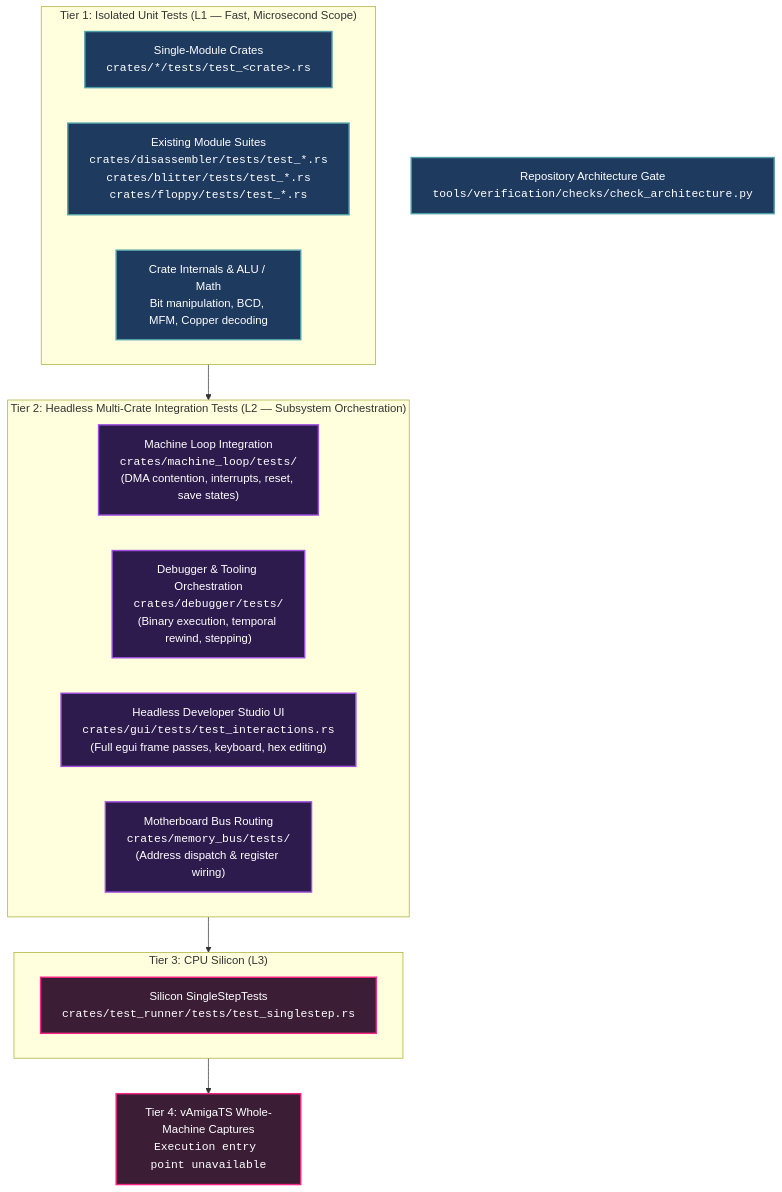
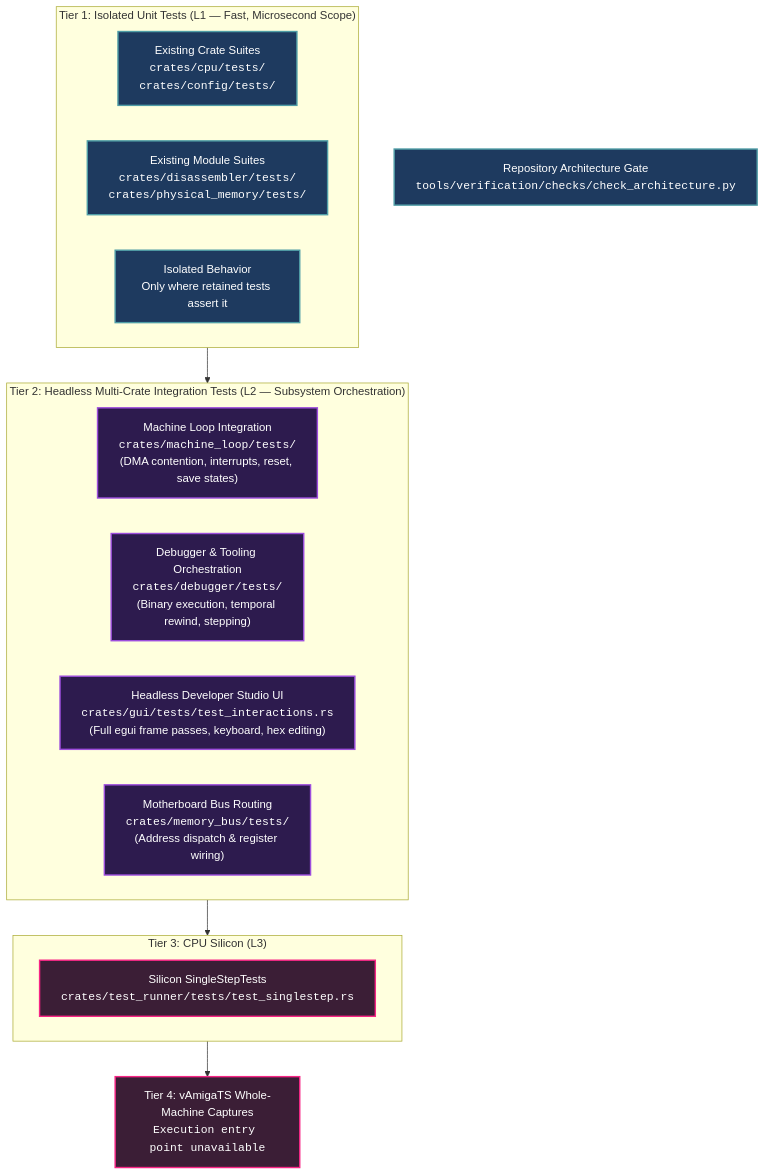
One commit to tomek-anuszkiewicz/amiga-studio changed the diagram in Obsidian/Amiga/Design/Verification/Testing Strategy and Quality Assurance.md. Above: the diagram before and after it, drawn with Mermaid. The commit also changed other lines of this file and 41 other files, not shown here.

First line of the commit message:
test(verification): retire obsolete peripheral suites

````diff
--- a/Obsidian/Amiga/Design/Verification/Testing Strategy and Quality Assurance.md
+++ b/Obsidian/Amiga/Design/Verification/Testing Strategy and Quality Assurance.md
@@ -65,29 +65,29 @@
 ```mermaid
 graph TD
     classDef t1 fill:#1e3a5f,stroke:#4f9da6,stroke-width:2px,color:#ffffff;
     classDef t2 fill:#2d1b4e,stroke:#9d4edd,stroke-width:2px,color:#ffffff;
     classDef t3 fill:#3b1e36,stroke:#f72585,stroke-width:2px,color:#ffffff;
 
     subgraph Tier1["Tier 1: Isolated Unit Tests (L1 — Fast, Microsecond Scope)"]
-        U1["Single-Module Crates<br/><code>crates/*/tests/test_&lt;crate&gt;.rs</code>"]:::t1
-        U2["Existing Module Suites<br/><code>crates/disassembler/tests/test_*.rs</code><br/><code>crates/blitter/tests/test_*.rs</code><br/><code>crates/floppy/tests/test_*.rs</code>"]:::t1
-        U3["Crate Internals & ALU / Math<br/>Bit manipulation, BCD, MFM, Copper decoding"]:::t1
+        U1["Existing Crate Suites<br/><code>crates/cpu/tests/</code><br/><code>crates/config/tests/</code>"]:::t1
+        U2["Existing Module Suites<br/><code>crates/disassembler/tests/</code><br/><code>crates/physical_memory/tests/</code>"]:::t1
+        U3["Isolated Behavior<br/>Only where retained tests assert it"]:::t1
     end
 
     subgraph Tier2["Tier 2: Headless Multi-Crate Integration Tests (L2 — Subsystem Orchestration)"]
         I1["Machine Loop Integration<br/><code>crates/machine_loop/tests/</code><br/>(DMA contention, interrupts, reset, save states)"]:::t2
         I2["Debugger & Tooling Orchestration<br/><code>crates/debugger/tests/</code><br/>(Binary execution, temporal rewind, stepping)"]:::t2
         I3["Headless Developer Studio UI<br/><code>crates/gui/tests/test_interactions.rs</code><br/>(Full egui frame passes, keyboard, hex editing)"]:::t2
         I4["Motherboard Bus Routing<br/><code>crates/memory_bus/tests/</code><br/>(Address dispatch & register wiring)"]:::t2
     end
 
     subgraph Tier3["Tier 3: CPU Silicon (L3)"]
         V1["Silicon SingleStepTests<br/><code>crates/test_runner/tests/test_singlestep.rs</code>"]:::t3
     end
 
     V3["Tier 4: vAmigaTS Whole-Machine Captures<br/><code>Execution entry point unavailable</code>"]:::t3
     A1["Repository Architecture Gate<br/><code>tools/verification/checks/check_architecture.py</code>"]:::t1
     Tier1 --> Tier2
     Tier2 --> Tier3
     Tier3 --> V3
 ```
````
